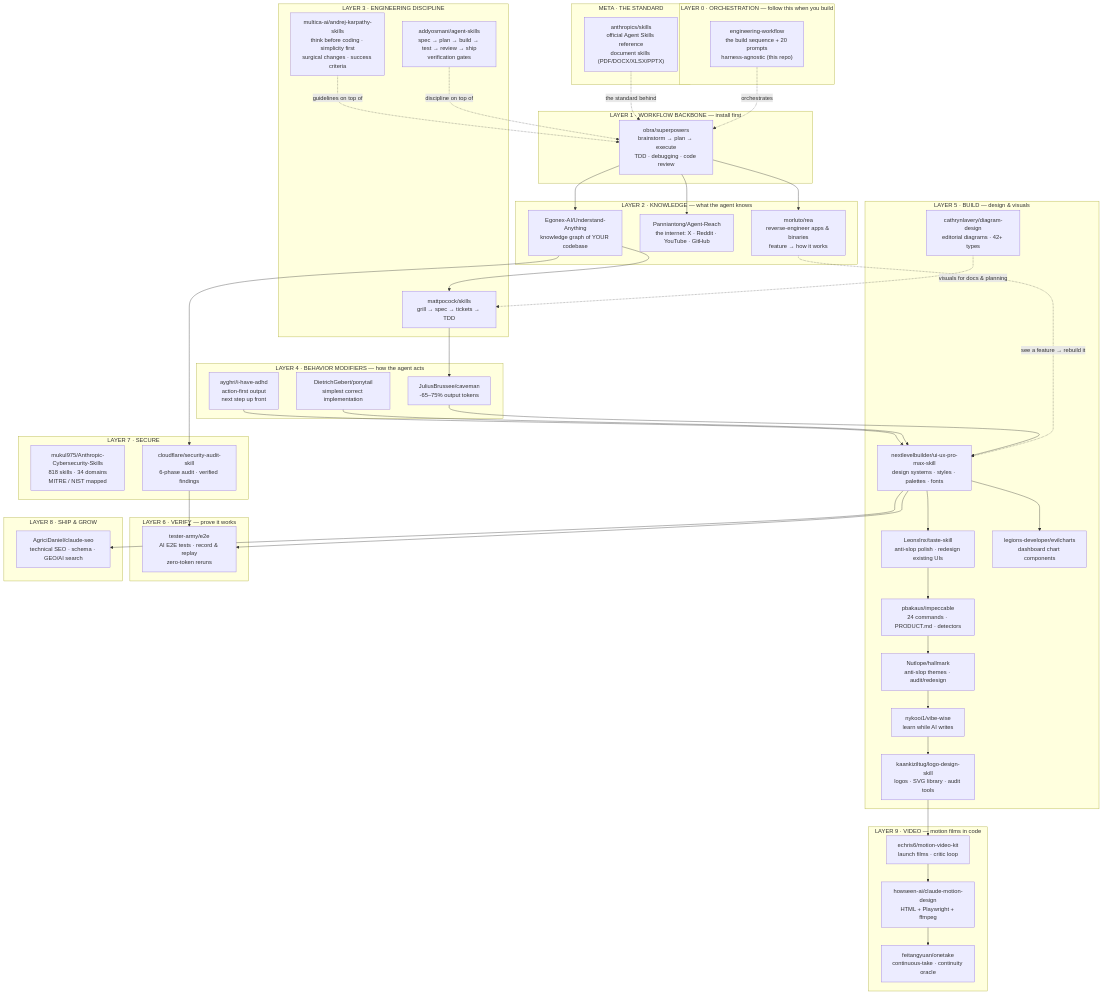
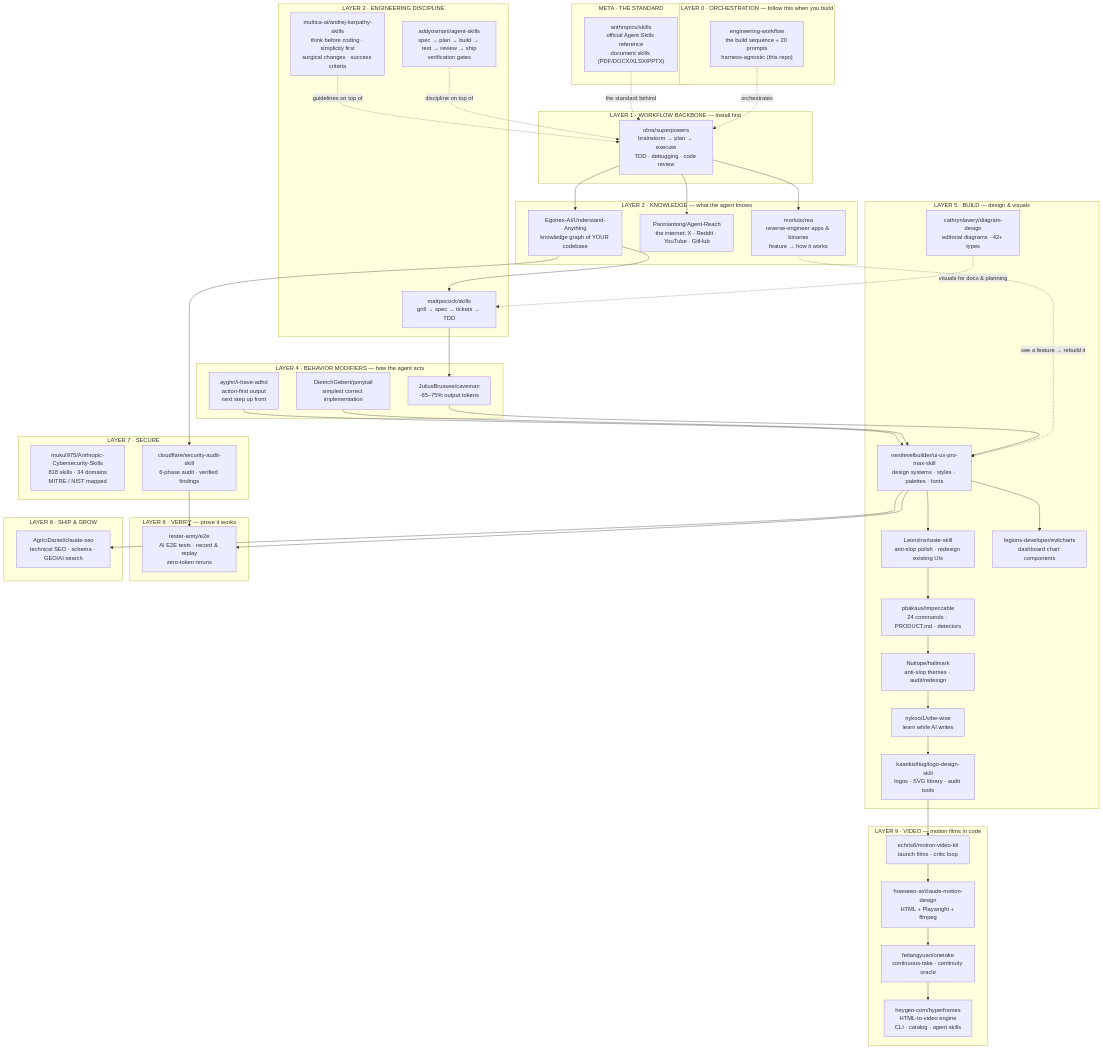
One commit to aaronjoseph94/aarons-skill-stack changed the diagram in README.md. Above: the diagram before and after it, drawn with Mermaid. The commit also changed other lines of this file and 3 other files, not shown here.

Commit message:
Add heygen-com/hyperframes as skill #28 (HTML-to-video renderer)

````diff
--- a/README.md
+++ b/README.md
@@ -70,80 +71,82 @@
 ```mermaid
 flowchart TB
     subgraph L0["LAYER 0 · ORCHESTRATION — follow this when you build"]
         EW["engineering-workflow<br/>the build sequence + 20 prompts<br/>harness-agnostic (this repo)"]
     end
     subgraph META["META · THE STANDARD"]
         AN["anthropics/skills<br/>official Agent Skills reference<br/>document skills (PDF/DOCX/XLSX/PPTX)"]
     end
     subgraph L1["LAYER 1 · WORKFLOW BACKBONE — install first"]
         SP["obra/superpowers<br/>brainstorm → plan → execute<br/>TDD · debugging · code review"]
     end
     subgraph L2["LAYER 2 · KNOWLEDGE — what the agent knows"]
         UA["Egonex-AI/Understand-Anything<br/>knowledge graph of YOUR codebase"]
         AR["Panniantong/Agent-Reach<br/>the internet: X · Reddit · YouTube · GitHub"]
         REA["morluto/rea<br/>reverse-engineer apps & binaries<br/>feature → how it works"]
     end
     subgraph L3["LAYER 3 · ENGINEERING DISCIPLINE"]
         MP["mattpocock/skills<br/>grill → spec → tickets → TDD"]
         AO["addyosmani/agent-skills<br/>spec → plan → build → test → review → ship<br/>verification gates"]
         KAR["multica-ai/andrej-karpathy-skills<br/>think before coding · simplicity first<br/>surgical changes · success criteria"]
     end
     subgraph L4["LAYER 4 · BEHAVIOR MODIFIERS — how the agent acts"]
         CV["JuliusBrussee/caveman<br/>-65–75% output tokens"]
         PT["DietrichGebert/ponytail<br/>simplest correct implementation"]
         ADHD["ayghri/i-have-adhd<br/>action-first output<br/>next step up front"]
     end
     subgraph L5["LAYER 5 · BUILD — design & visuals"]
         UX["nextlevelbuilder/ui-ux-pro-max-skill<br/>design systems · styles · palettes · fonts"]
         TS["Leonxlnx/taste-skill<br/>anti-slop polish · redesign existing UIs"]
         EC["legions-developer/evilcharts<br/>dashboard chart components"]
         DD["cathrynlavery/diagram-design<br/>editorial diagrams · 42+ types"]
         IM["pbakaus/impeccable<br/>24 commands · PRODUCT.md · detectors"]
         HM["Nutlope/hallmark<br/>anti-slop themes · audit/redesign"]
         VW["nykooi1/vibe-wise<br/>learn while AI writes"]
         LG["kaankiziltug/logo-design-skill<br/>logos · SVG library · audit tools"]
     end
     subgraph L6["LAYER 6 · VERIFY — prove it works"]
         E2E["tester-army/e2e<br/>AI E2E tests · record & replay<br/>zero-token reruns"]
     end
     subgraph L7["LAYER 7 · SECURE"]
         CS["mukul975/Anthropic-Cybersecurity-Skills<br/>818 skills · 34 domains<br/>MITRE / NIST mapped"]
         CA["cloudflare/security-audit-skill<br/>6-phase audit · verified findings"]
     end
     subgraph L8["LAYER 8 · SHIP & GROW"]
         SEO["AgriciDaniel/claude-seo<br/>technical SEO · schema · GEO/AI search"]
     end
     subgraph L9["LAYER 9 · VIDEO — motion films in code"]
         MV["echris6/motion-video-kit<br/>launch films · critic loop"]
         MD["howseen-ai/claude-motion-design<br/>HTML + Playwright + ffmpeg"]
         OT["feitangyuan/onetake<br/>continuous-take · continuity oracle"]
+        HF["heygen-com/hyperframes<br/>HTML-to-video engine<br/>CLI · catalog · agent skills"]
     end
 
     EW -. orchestrates .-> SP
     AN -. the standard behind .-> SP
     SP --> UA
     SP --> AR
     SP --> REA
     REA -. see a feature → rebuild it .-> UX
     UA --> MP
     MP --> CV
     AO -. discipline on top of .-> SP
     KAR -. guidelines on top of .-> SP
     CV --> UX
     PT --> UX
     ADHD --> UX
     UX --> TS
     UX --> EC
     TS --> IM
     IM --> HM
     HM --> VW
     VW --> LG
     LG --> MV
     MV --> MD
     MD --> OT
+    OT --> HF
     UX --> E2E
     DD -. visuals for docs & planning .-> MP
     UA --> CA
     CA --> E2E
     UX --> SEO
 ```
````
